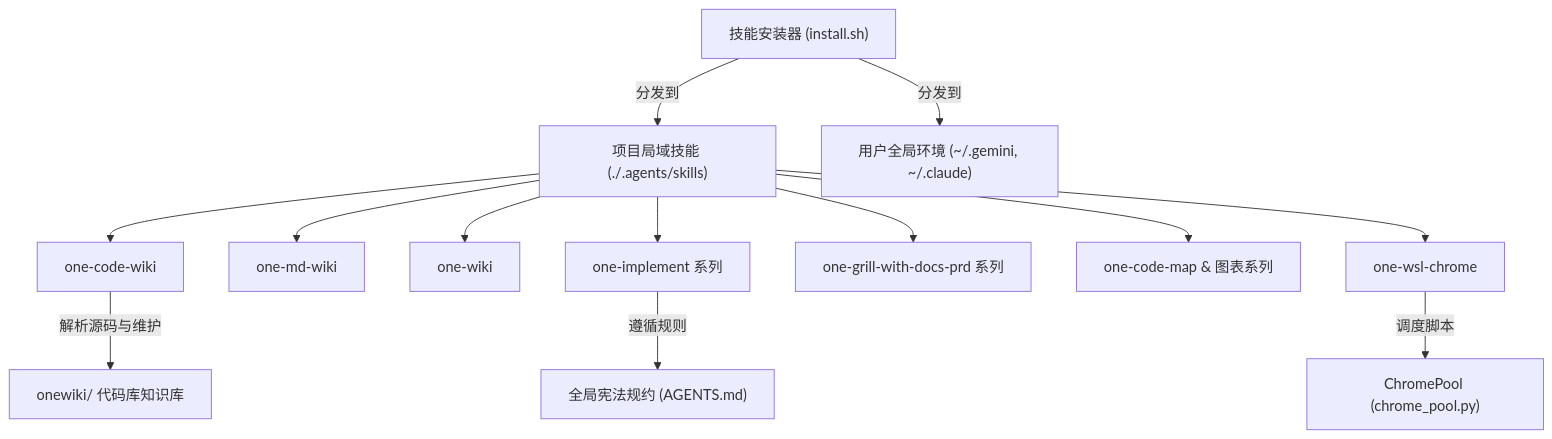
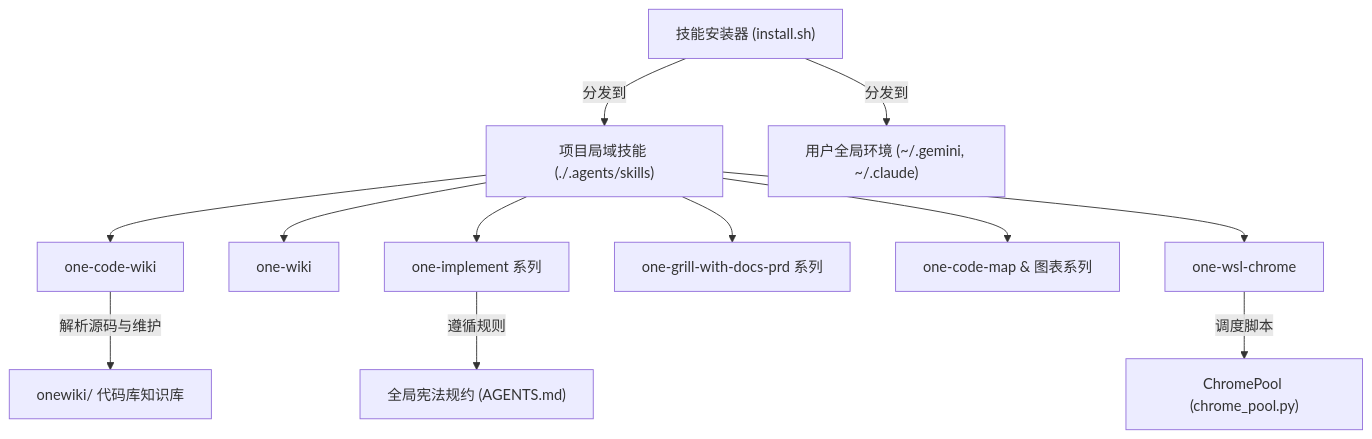
Before and after one commit to wupengbo125/one-skills: the diagram in onewiki/index.md, drawn with Mermaid. The commit also changed other lines of this file and 10 other files, not shown here.

Commit message:
refactor(skills): remove deprecated one-md-wiki and consolidate into one-wiki

````diff
--- a/onewiki/index.md
+++ b/onewiki/index.md
@@ -34,17 +32,16 @@
 ```mermaid
 flowchart TD
     Installer["技能安装器 (install.sh)"] -->|分发到| AgentsDir["项目局域技能 (./.agents/skills)"]
     Installer -->|分发到| UserGlobal["用户全局环境 (~/.gemini, ~/.claude)"]
     
     AgentsDir --> CodeWiki["one-code-wiki"]
-    AgentsDir --> MDWiki["one-md-wiki"]
     AgentsDir --> LLMWiki["one-wiki"]
     AgentsDir --> Impl["one-implement 系列"]
     AgentsDir --> Grill["one-grill-with-docs-prd 系列"]
     AgentsDir --> Vis["one-code-map & 图表系列"]
     AgentsDir --> Chrome["one-wsl-chrome"]
     
     CodeWiki -->|解析源码与维护| OneWikiDir["onewiki/ 代码库知识库"]
     Impl -->|遵循规则| Rules["全局宪法规约 (AGENTS.md)"]
     Chrome -->|调度脚本| ChromePool["ChromePool (chrome_pool.py)"]
 ```
````
